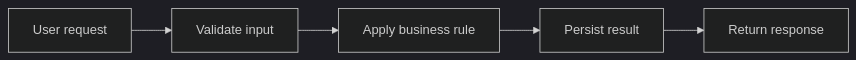
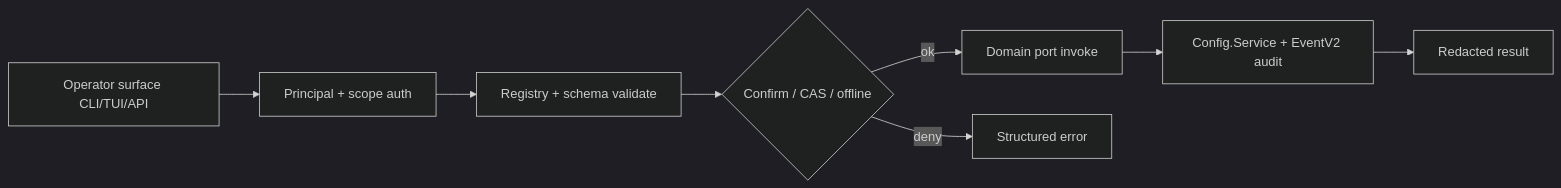
One commit to farchanjo/opencode changed the first of 2 diagrams in doc/arch/functional/product-overview.md. Above: the diagram before and after it, drawn with Mermaid (dark theme). The commit also changed other lines of this file and 41 other files, not shown here.

````diff
--- a/doc/arch/functional/product-overview.md
+++ b/doc/arch/functional/product-overview.md
@@ -30,7 +36,10 @@
 ```mermaid
 flowchart LR
-    A[User request] --> B[Validate input]
-    B --> C[Apply business rule]
-    C --> D[Persist result]
-    D --> E[Return response]
+    A[Operator surface CLI/TUI/API] --> B[Principal + scope auth]
+    B --> C[Registry + schema validate]
+    C --> D{Confirm / CAS / offline}
+    D -->|ok| E[Domain port invoke]
+    E --> F[Config.Service + EventV2 audit]
+    F --> G[Redacted result]
+    D -->|deny| H[Structured error]
 ```
````
